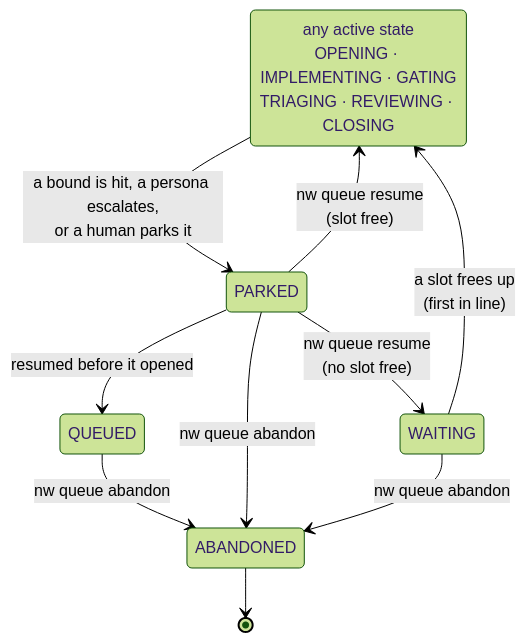
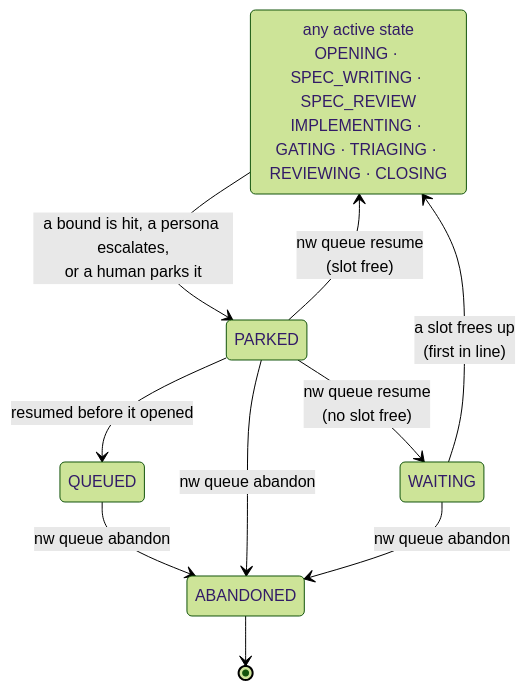
One commit to brunosmmm/nightwright changed the second of 3 diagrams in docs/product/loop/states.md. Above: the diagram before and after it, drawn with Mermaid (forest theme). The commit also changed other lines of this file and 13 other files, not shown here.

````diff
--- a/docs/product/loop/states.md
+++ b/docs/product/loop/states.md
@@ -40,14 +44,14 @@
 ```mermaid
 stateDiagram-v2
     direction TB
-    state "any active state<br/>OPENING · IMPLEMENTING · GATING<br/>TRIAGING · REVIEWING · CLOSING" as ACTIVE
+    state "any active state<br/>OPENING · SPEC_WRITING · SPEC_REVIEW<br/>IMPLEMENTING · GATING · TRIAGING · REVIEWING · CLOSING" as ACTIVE
     ACTIVE --> PARKED: a bound is hit, a persona escalates,<br/>or a human parks it
     PARKED --> ACTIVE: nw queue resume<br/>(slot free)
     PARKED --> WAITING: nw queue resume<br/>(no slot free)
     WAITING --> ACTIVE: a slot frees up<br/>(first in line)
     PARKED --> QUEUED: resumed before it opened
     QUEUED --> ABANDONED: nw queue abandon
     PARKED --> ABANDONED: nw queue abandon
     WAITING --> ABANDONED: nw queue abandon
     ABANDONED --> [*]
 ```
````
